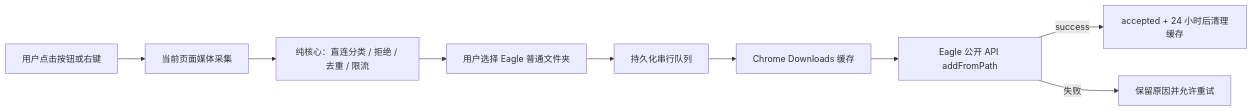
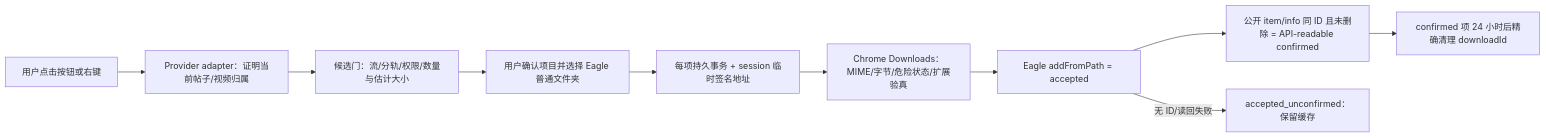
Before and after one commit to maxmaximage-hash/eagle-extension-suite: the second of 2 diagrams in docs/ARCHITECTURE-AND-FEATURE-MAP.md, drawn with Mermaid. The commit also changed other lines of this file and 25 other files, not shown here.

````diff
--- a/docs/ARCHITECTURE-AND-FEATURE-MAP.md
+++ b/docs/ARCHITECTURE-AND-FEATURE-MAP.md
@@ -72,11 +72,12 @@
 ```mermaid
 flowchart LR
-  U["用户点击按钮或右键"] --> C["当前页面媒体采集"]
-  C --> P["纯核心：直连分类 / 拒绝 / 去重 / 限流"]
-  P --> F["用户选择 Eagle 普通文件夹"]
-  F --> Q["持久化串行队列"]
-  Q --> D["Chrome Downloads 缓存"]
-  D --> A["Eagle 公开 API addFromPath"]
-  A -->|"success"| K["accepted + 24 小时后清理缓存"]
-  A -->|"失败"| R["保留原因并允许重试"]
+  U["用户点击按钮或右键"] --> C["Provider adapter：证明当前帖子/视频归属"]
+  C --> P["候选门：流/分轨/权限/数量与估计大小"]
+  P --> F["用户确认项目并选择 Eagle 普通文件夹"]
+  F --> Q["每项持久事务 + session 临时签名地址"]
+  Q --> D["Chrome Downloads：MIME/字节/危险状态/扩展验真"]
+  D --> A["Eagle addFromPath = accepted"]
+  A --> I["公开 item/info 同 ID 且未删除 = API-readable confirmed"]
+  I --> K["confirmed 项 24 小时后精确清理 downloadId"]
+  A -->|"无 ID/读回失败"| R["accepted_unconfirmed：保留缓存"]
 ```
````
